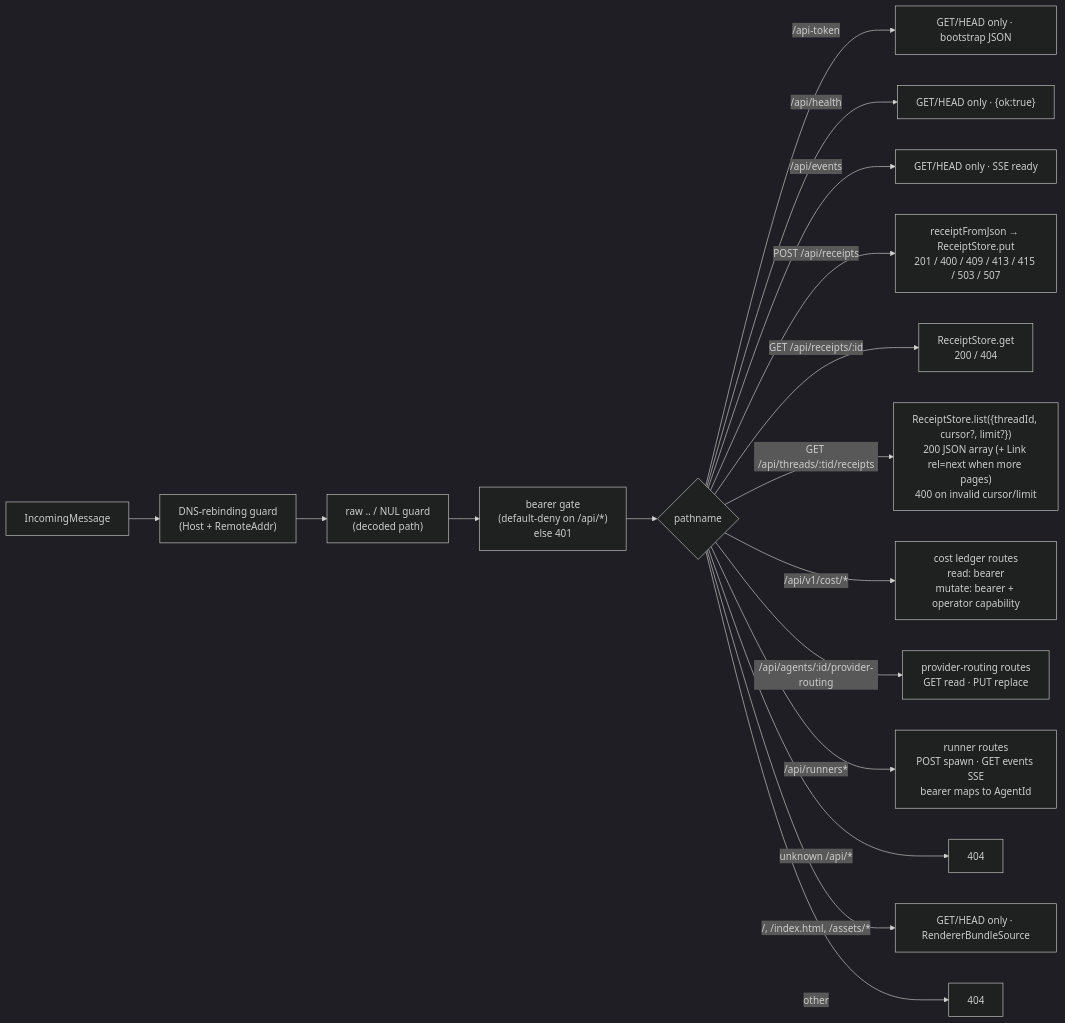
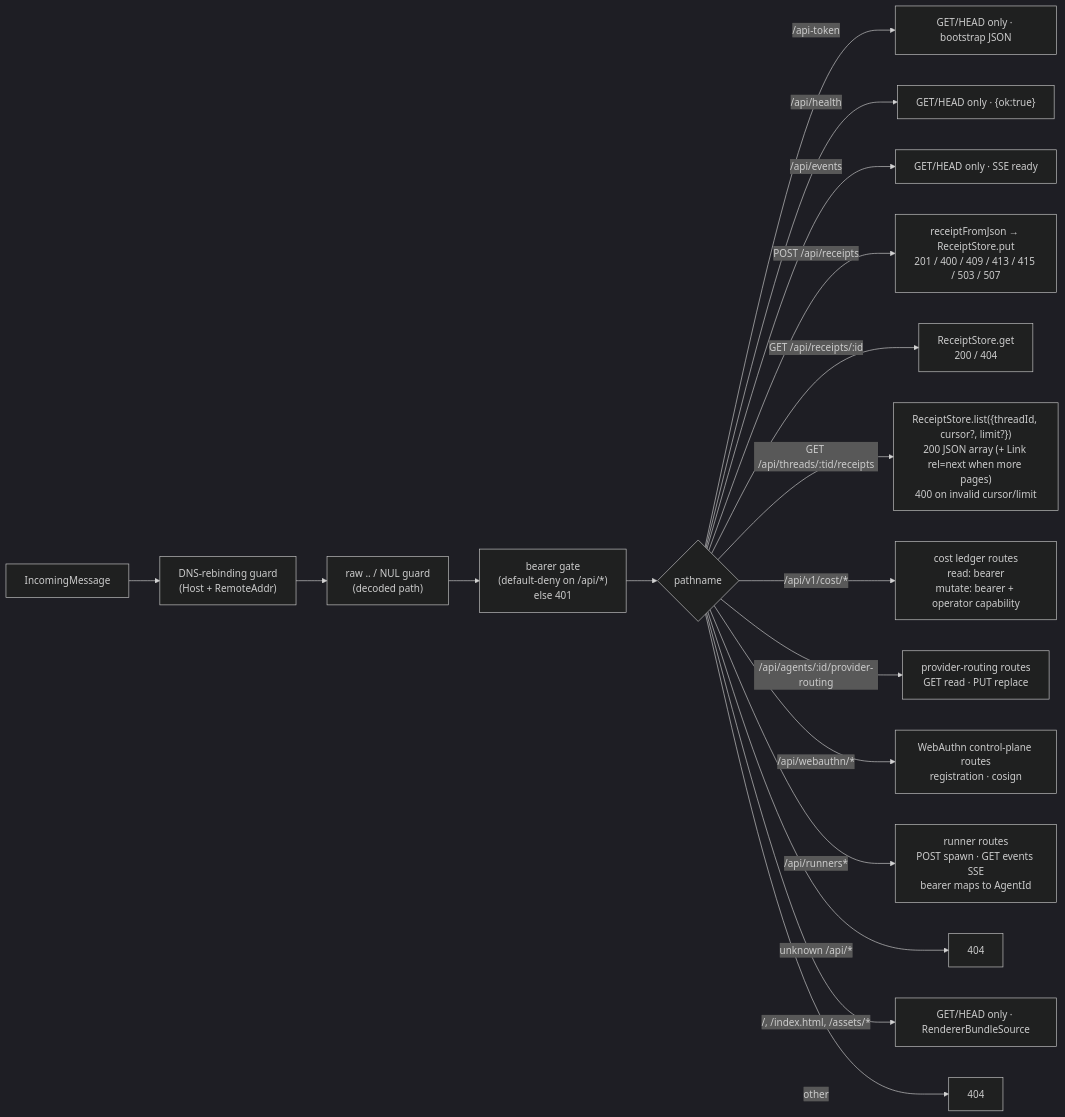
The diagram in packages/broker/docs/modules/listener.md (nex-crm/wuphf), drawn with Mermaid (dark theme) before and after one commit. The commit also changed other lines of this file and 15 other files, not shown here.

First line of the commit message:
feat(broker): add WebAuthn cosign registration and replay

````diff
--- a/packages/broker/docs/modules/listener.md
+++ b/packages/broker/docs/modules/listener.md
@@ -17,19 +17,20 @@
 ```mermaid
 flowchart LR
   req["IncomingMessage"] --> guard["DNS-rebinding guard<br/>(Host + RemoteAddr)"]
   guard --> traversal["raw .. / NUL guard<br/>(decoded path)"]
   traversal --> auth["bearer gate<br/>(default-deny on /api/*)<br/>else 401"]
   auth --> dispatch{"pathname"}
   dispatch -- "/api-token" --> bootstrap["GET/HEAD only · bootstrap JSON"]
   dispatch -- "/api/health" --> health["GET/HEAD only · {ok:true}"]
   dispatch -- "/api/events" --> events["GET/HEAD only · SSE ready"]
   dispatch -- "POST /api/receipts" --> create["receiptFromJson → ReceiptStore.put<br/>201 / 400 / 409 / 413 / 415 / 503 / 507"]
   dispatch -- "GET /api/receipts/:id" --> read["ReceiptStore.get<br/>200 / 404"]
   dispatch -- "GET /api/threads/:tid/receipts" --> list["ReceiptStore.list({threadId, cursor?, limit?})<br/>200 JSON array (+ Link rel=next when more pages)<br/>400 on invalid cursor/limit"]
   dispatch -- "/api/v1/cost/*" --> cost["cost ledger routes<br/>read: bearer<br/>mutate: bearer + operator capability"]
   dispatch -- "/api/agents/:id/provider-routing" --> routing["provider-routing routes<br/>GET read · PUT replace"]
+  dispatch -- "/api/webauthn/*" --> webauthn["WebAuthn control-plane routes<br/>registration · cosign"]
   dispatch -- "/api/runners*" --> runners["runner routes<br/>POST spawn · GET events SSE<br/>bearer maps to AgentId"]
   dispatch -- "unknown /api/*" --> apinotfound["404"]
   dispatch -- "/, /index.html, /assets/*" --> static["GET/HEAD only · RendererBundleSource"]
   dispatch -- "other" --> notfound["404"]
 ```
````
